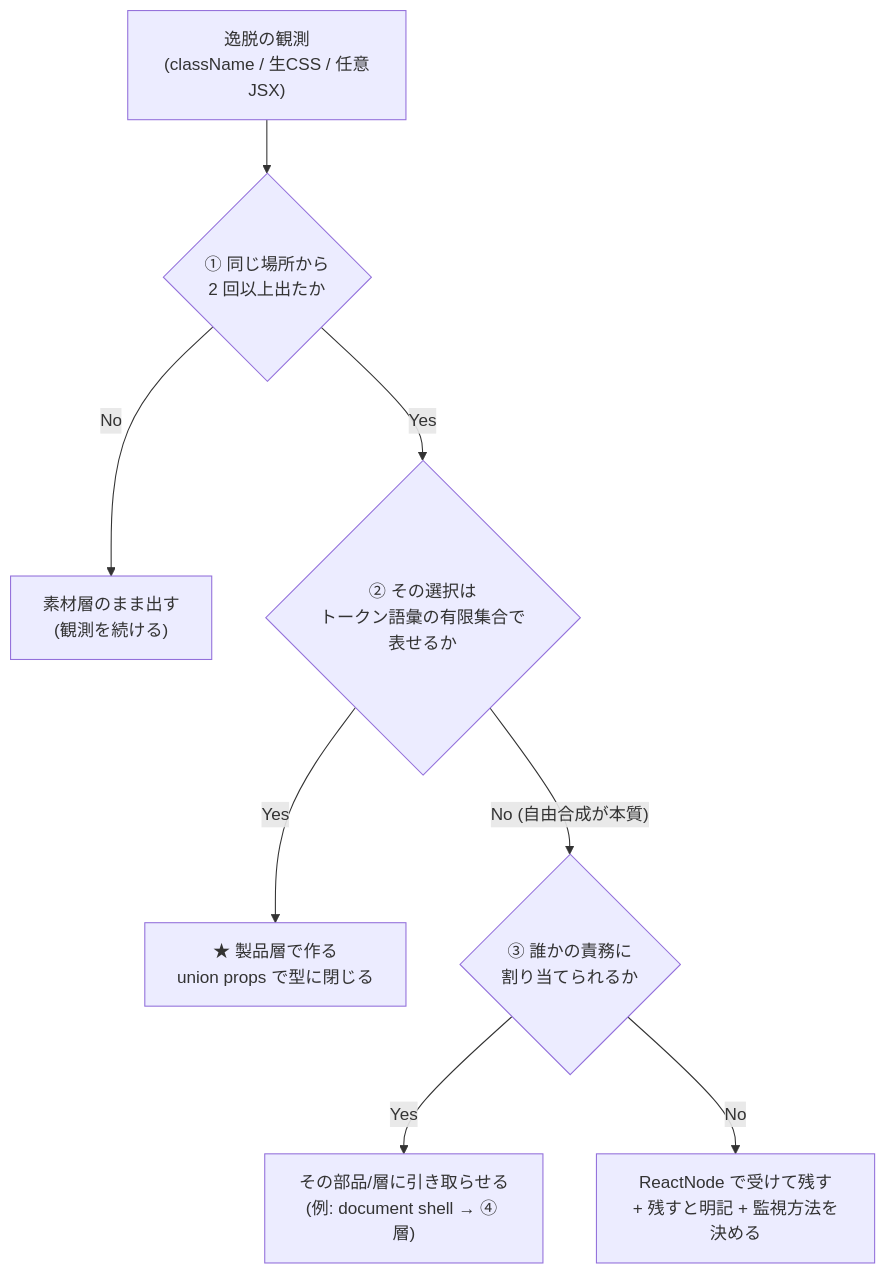
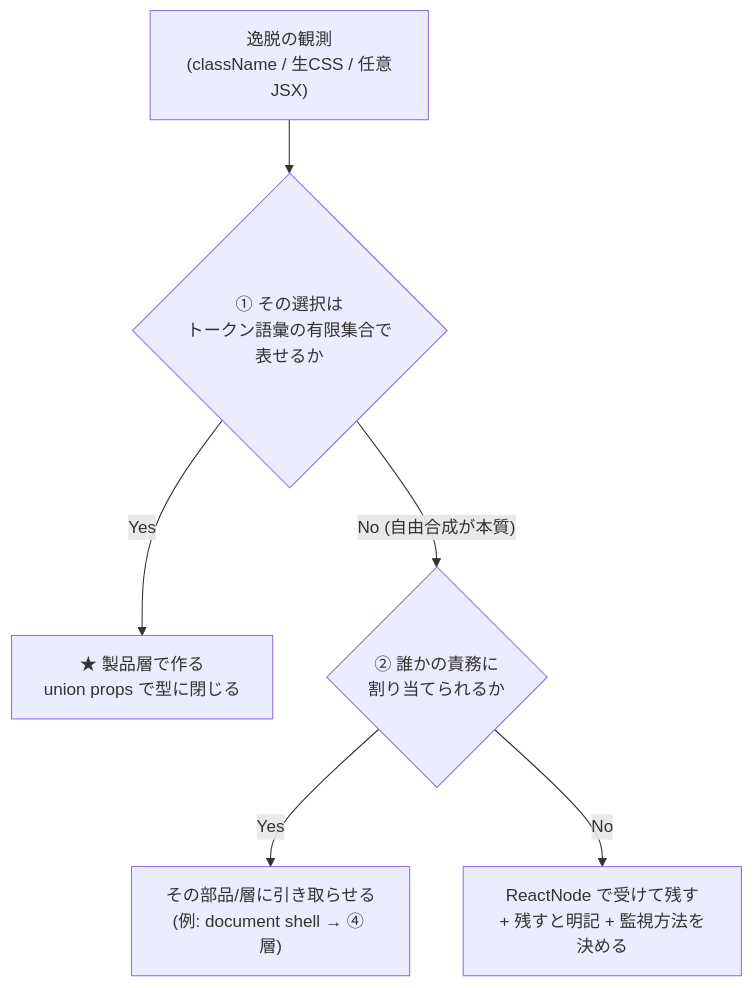
Before and after one commit to yatami0/design: the diagram in docs/製品層の部品設計.md, drawn with Mermaid. The commit also changed other lines of this file and 16 other files, not shown here.

````diff
--- a/docs/製品層の部品設計.md
+++ b/docs/製品層の部品設計.md
@@ -32,10 +37,8 @@
 ```mermaid
 flowchart TD
-  A["逸脱の観測<br/>(className / 生CSS / 任意JSX)"] --> B{"① 同じ場所から<br/>2 回以上出たか"}
-  B -- "No" --> C["素材層のまま出す<br/>(観測を続ける)"]
-  B -- "Yes" --> D{"② その選択は<br/>トークン語彙の有限集合で<br/>表せるか"}
+  A["逸脱の観測<br/>(className / 生CSS / 任意JSX)"] --> D{"① その選択は<br/>トークン語彙の有限集合で<br/>表せるか"}
   D -- "Yes" --> E["★ 製品層で作る<br/>union props で型に閉じる"]
-  D -- "No (自由合成が本質)" --> F{"③ 誰かの責務に<br/>割り当てられるか"}
+  D -- "No (自由合成が本質)" --> F{"② 誰かの責務に<br/>割り当てられるか"}
   F -- "Yes" --> G["その部品/層に引き取らせる<br/>(例: document shell → ④ 層)"]
   F -- "No" --> H["ReactNode で受けて残す<br/>+ 残すと明記 + 監視方法を決める"]
 ```
````
